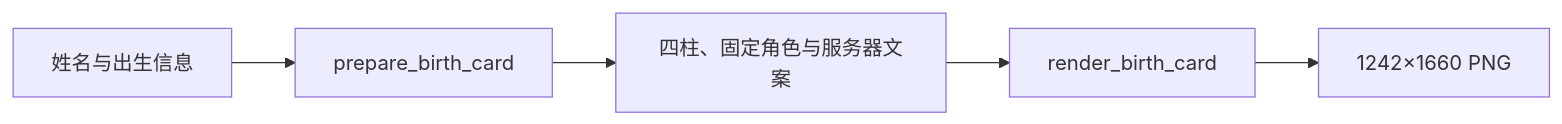
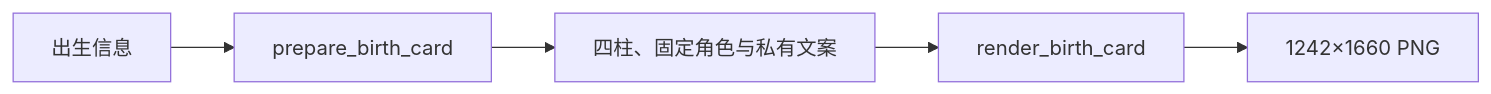
Before and after one commit to bobbybluemoment-afk/rensheng-youji-api: the diagram in README.md, drawn with Mermaid. The commit also changed other lines of this file and 5 other files, not shown here.

````diff
--- a/README.md
+++ b/README.md
@@ -16,7 +48,7 @@
 ```mermaid
 flowchart LR
-    A[姓名与出生信息] --> B[prepare_birth_card]
-    B --> C[四柱、固定角色与服务器文案]
+    A[出生信息] --> B[prepare_birth_card]
+    B --> C[四柱、固定角色与私有文案]
     C --> D[render_birth_card]
     D --> E[1242×1660 PNG]
 ```
````
